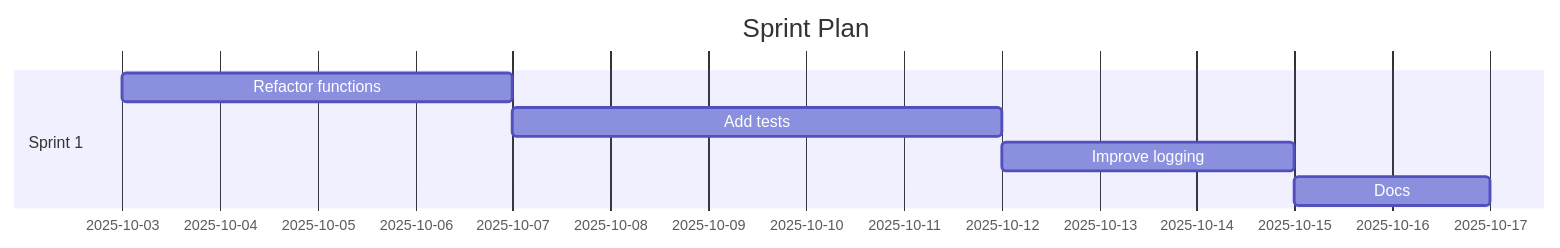
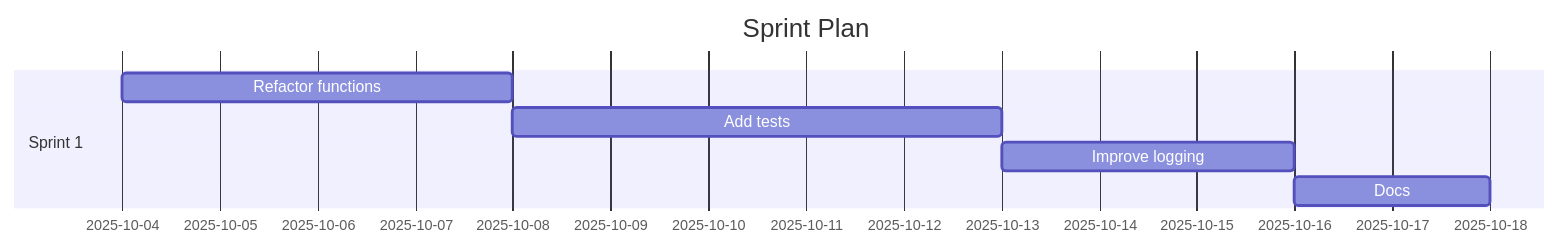
Before and after one commit to Anselmoo/mcp-ai-agent-guidelines: the diagram in demos/demo-code-analysis.sprint.md, drawn with Mermaid. The commit also changed other lines of this file and 11 other files, not shown here.

````diff
--- a/demos/demo-code-analysis.sprint.md
+++ b/demos/demo-code-analysis.sprint.md
@@ -58,11 +58,11 @@
 ```mermaid
 gantt
 	dateFormat  YYYY-MM-DD
 	title Sprint Plan
 %% Accessibility: Title=Project Sprint Plan; Description=Gantt chart of sprints and tasks over time. %%
   section Sprint 1
-  Refactor functions :s1t0, 2025-10-03, 4d
-  Add tests :s1t1, 2025-10-07, 5d
-  Improve logging :s1t2, 2025-10-12, 3d
-  Docs :s1t3, 2025-10-15, 2d
+  Refactor functions :s1t0, 2025-10-04, 4d
+  Add tests :s1t1, 2025-10-08, 5d
+  Improve logging :s1t2, 2025-10-13, 3d
+  Docs :s1t3, 2025-10-16, 2d
 ```
````
